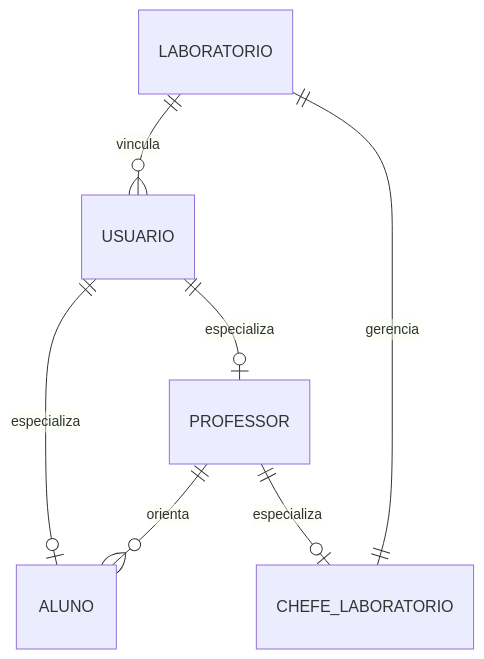
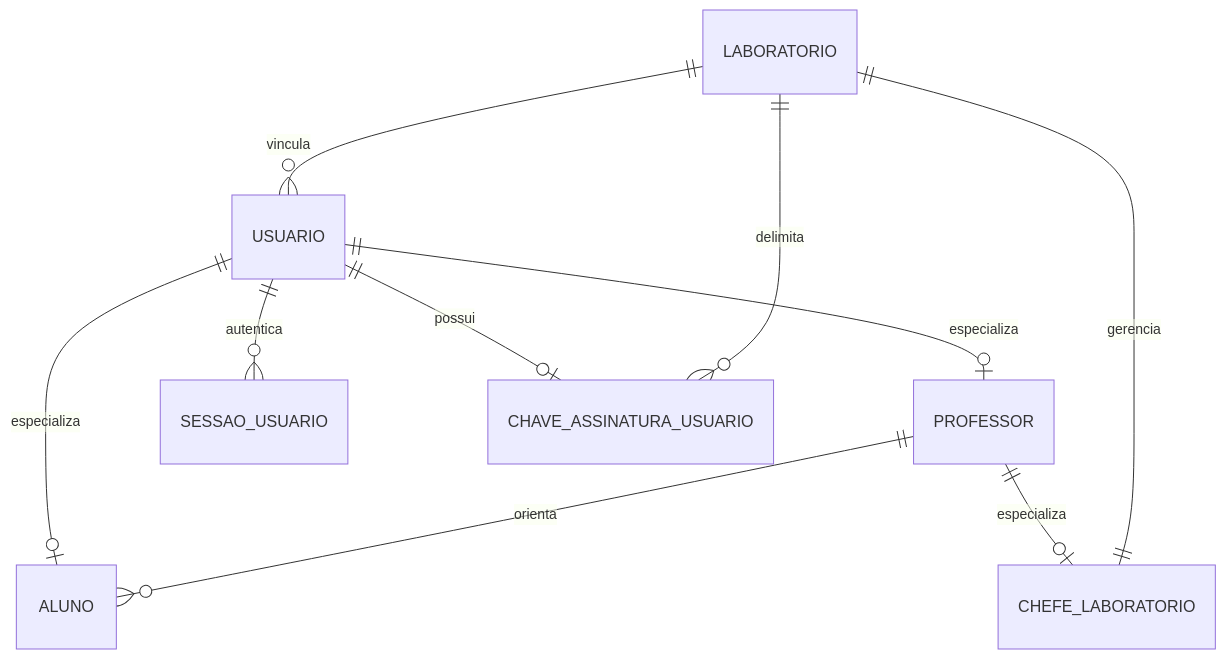
Before and after one commit to LuizGabriel-cc/PooDev: the first of 5 diagrams in database/docs/ModeloRelacionalLaboratorio.md, drawn with Mermaid. The commit also changed other lines of this file and 43 other files, not shown here.

````diff
--- a/database/docs/ModeloRelacionalLaboratorio.md
+++ b/database/docs/ModeloRelacionalLaboratorio.md
@@ -7,9 +7,12 @@
 ```mermaid
 erDiagram
     LABORATORIO ||--o{ USUARIO : vincula
     USUARIO ||--o| ALUNO : especializa
     USUARIO ||--o| PROFESSOR : especializa
     PROFESSOR ||--o| CHEFE_LABORATORIO : especializa
     PROFESSOR ||--o{ ALUNO : orienta
     CHEFE_LABORATORIO ||--|| LABORATORIO : gerencia
+    USUARIO ||--o{ SESSAO_USUARIO : autentica
+    USUARIO ||--o| CHAVE_ASSINATURA_USUARIO : possui
+    LABORATORIO ||--o{ CHAVE_ASSINATURA_USUARIO : delimita
 ```
````
